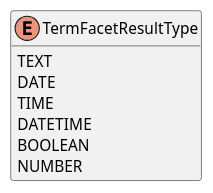
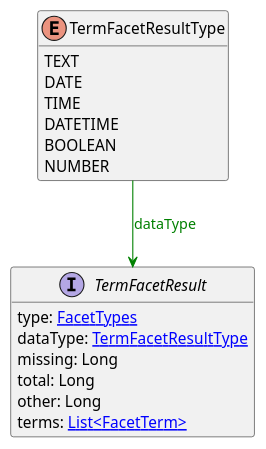
One commit to commercetools/commercetools-api-reference changed the diagram in uml/api/TermFacetResultType.puml. Above: the diagram before and after it, drawn with PlantUML. The commit also changed 16 other files, not shown here.

```diff
--- a/uml/api/TermFacetResultType.puml
+++ b/uml/api/TermFacetResultType.puml
@@ -1,14 +1,21 @@
 @startuml
 
 hide methods
 enum TermFacetResultType {
     TEXT
     DATE
     TIME
     DATETIME
     BOOLEAN
     NUMBER
 }
-
-
+interface TermFacetResult [[TermFacetResult.svg]]  {
+    type: [[FacetTypes.svg FacetTypes]]
+    dataType: [[TermFacetResultType.svg TermFacetResultType]]
+    missing: Long
+    total: Long
+    other: Long
+    terms: [[FacetTerm.svg List<FacetTerm>]]
+}
+TermFacetResultType --> TermFacetResult #green;text:green : "dataType"
 @enduml
```
